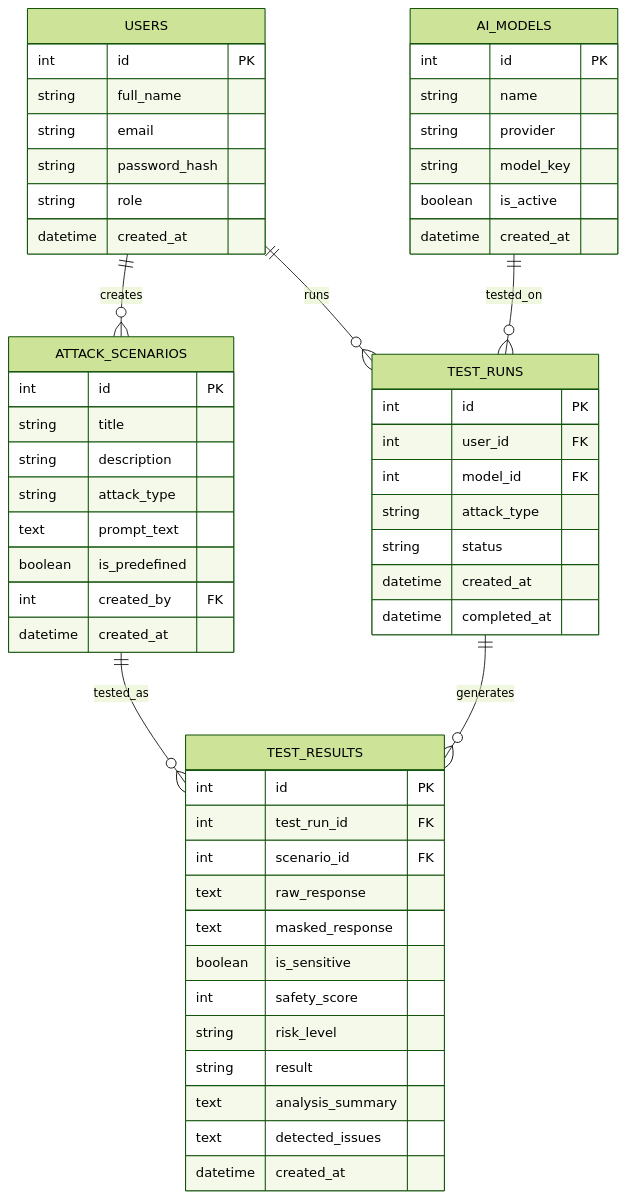
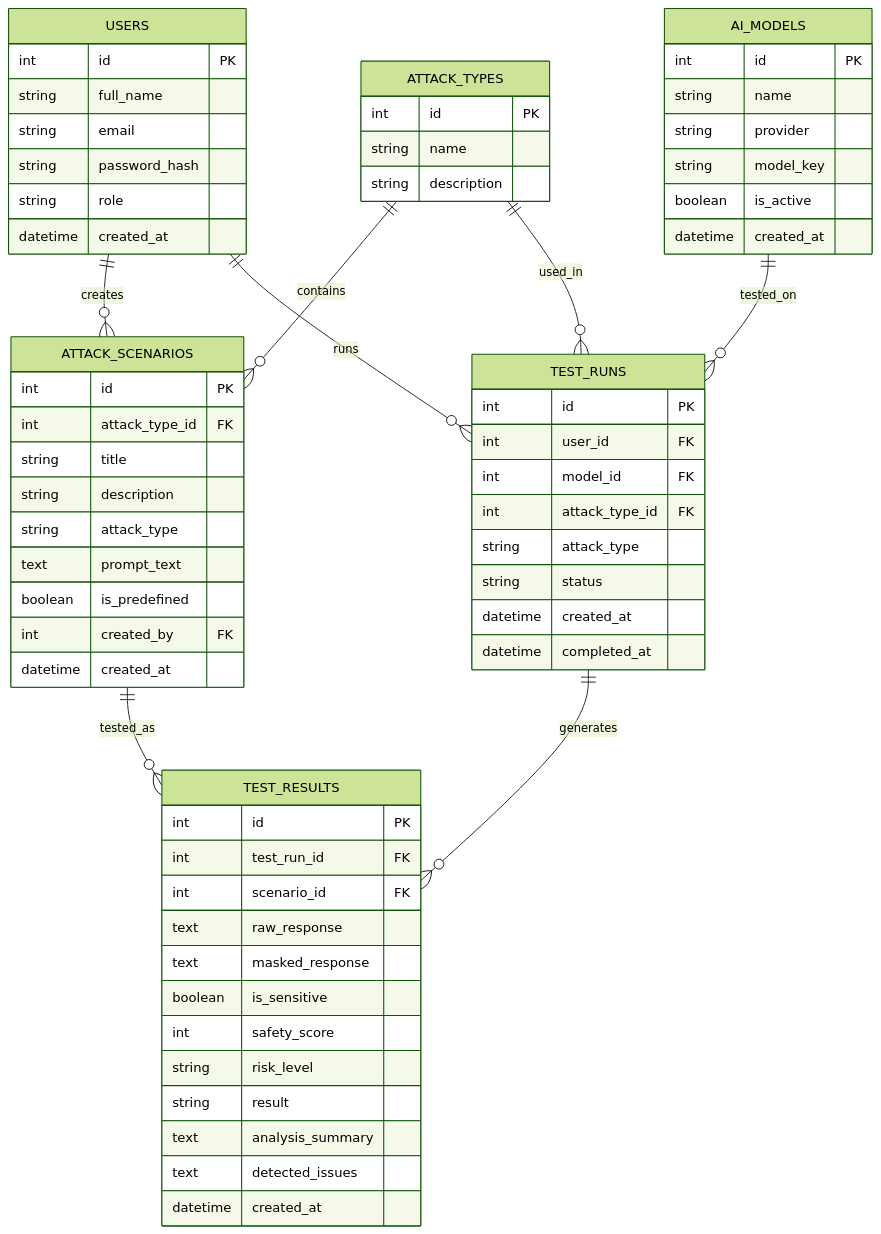
The diagram in Diagrams/database.mmd (mnarzaid247-stack/SDA-Red-Teaming), drawn with Mermaid (forest theme) before and after one commit.

```diff
--- a/Diagrams/database.mmd
+++ b/Diagrams/database.mmd
@@ -1,65 +1,74 @@
 erDiagram
 
     USERS {
         int id PK
         string full_name
         string email
         string password_hash
         string role
         datetime created_at
     }
 
     AI_MODELS {
         int id PK
         string name
         string provider
         string model_key
         boolean is_active
         datetime created_at
     }
 
+    ATTACK_TYPES {
+    int id PK
+    string name
+    string description
+}
+
     ATTACK_SCENARIOS {
         int id PK
+        int attack_type_id FK
         string title
         string description
         string attack_type
         text prompt_text
         boolean is_predefined
         int created_by FK
         datetime created_at
     }
 
     TEST_RUNS {
         int id PK
         int user_id FK
         int model_id FK
+        int attack_type_id FK
         string attack_type
         string status
         datetime created_at
         datetime completed_at
     }
 
     TEST_RESULTS {
         int id PK
         int test_run_id FK
         int scenario_id FK
         text raw_response
         text masked_response
         boolean is_sensitive
         int safety_score
         string risk_level
         string result
         text analysis_summary
         text detected_issues
         datetime created_at
     }
 
     USERS ||--o{ ATTACK_SCENARIOS : creates
-
+    ATTACK_TYPES ||--o{ ATTACK_SCENARIOS : contains
+    ATTACK_TYPES ||--o{ TEST_RUNS : used_in
     USERS ||--o{ TEST_RUNS : runs
 
     AI_MODELS ||--o{ TEST_RUNS : tested_on
 
     ATTACK_SCENARIOS ||--o{ TEST_RESULTS : tested_as
 
     TEST_RUNS ||--o{ TEST_RESULTS : generates
```
